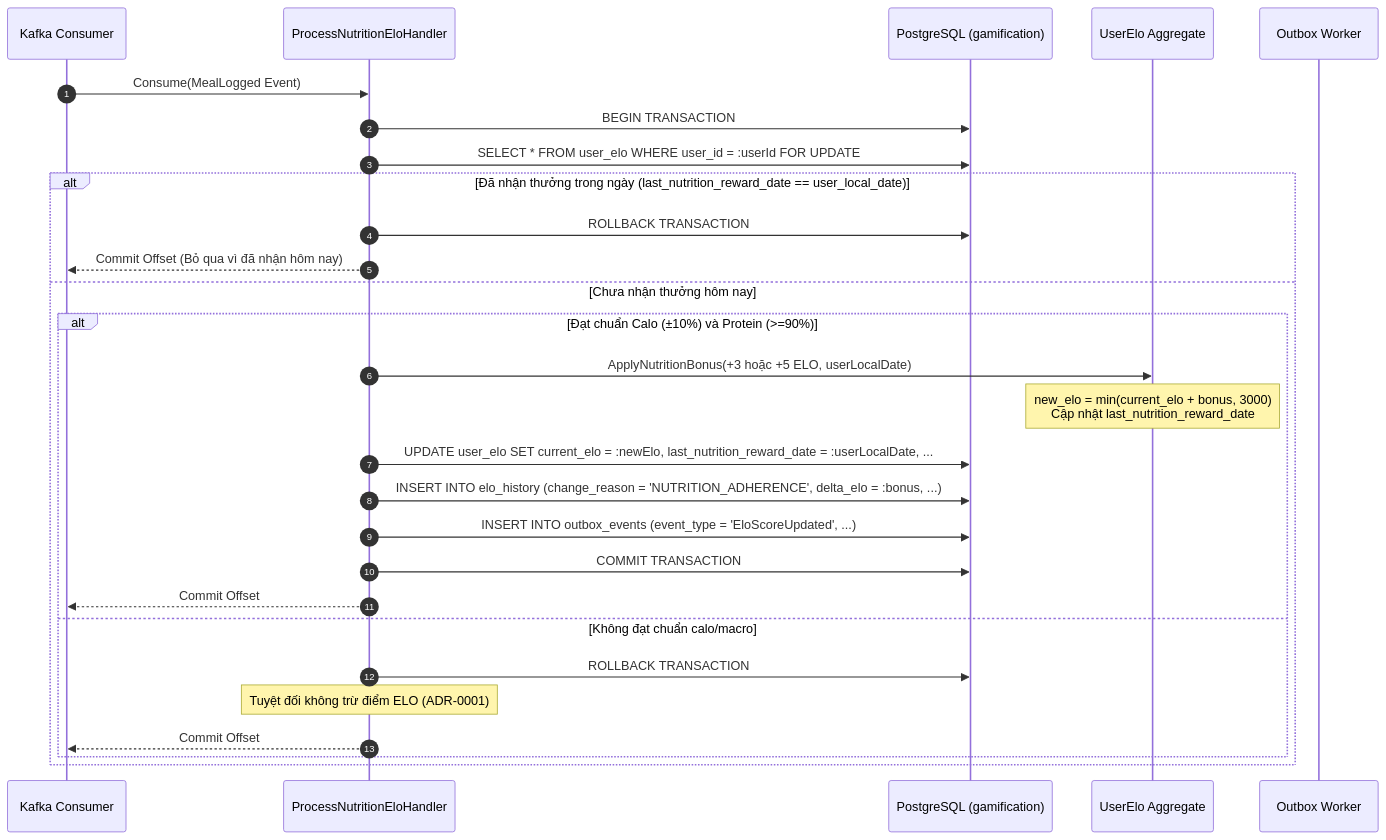
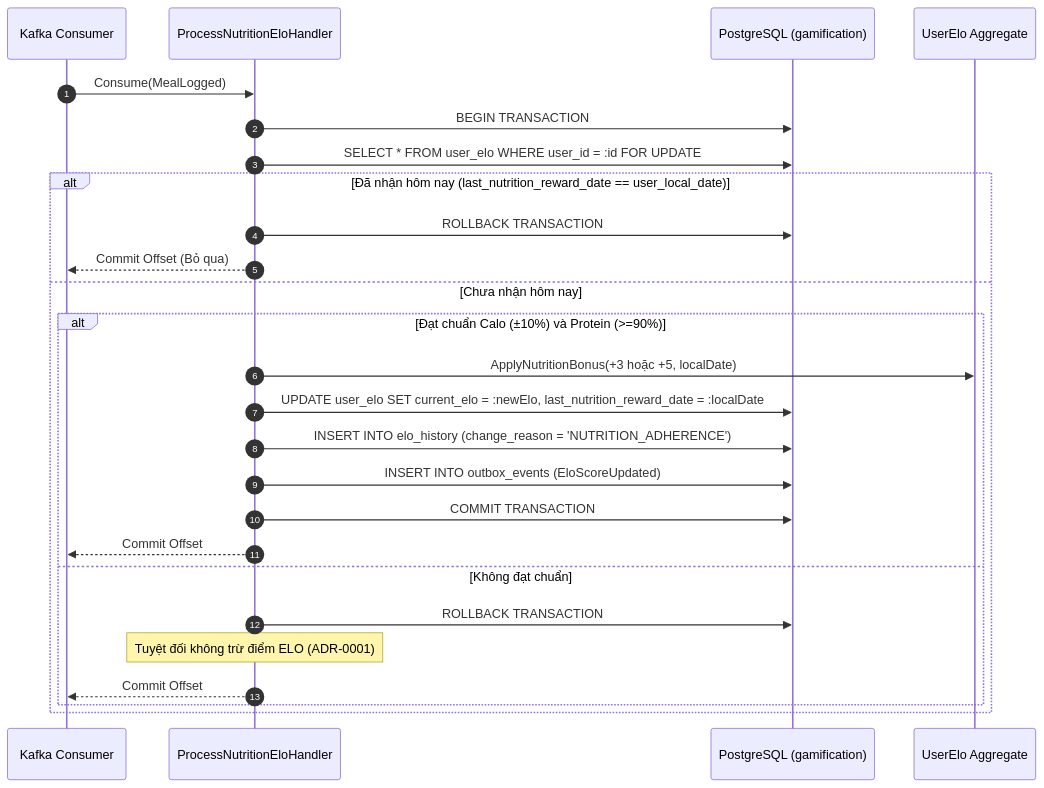
The fifth of 7 diagrams in internal/gamification/docs/features/elo-and-rank-tiers/02-design.md (viethung213/gym-companion), drawn with Mermaid before and after one commit. The commit also changed other lines of this file and 3 other files, not shown here.

````diff
--- a/internal/gamification/docs/features/elo-and-rank-tiers/02-design.md
+++ b/internal/gamification/docs/features/elo-and-rank-tiers/02-design.md
@@ -337,35 +290,29 @@
 ```mermaid
 sequenceDiagram
     autonumber
     participant K as Kafka Consumer
     participant App as ProcessNutritionEloHandler
     participant DB as PostgreSQL (gamification)
     participant Domain as UserElo Aggregate
-    participant OW as Outbox Worker
 
-    K->>App: Consume(MealLogged Event)
+    K->>App: Consume(MealLogged)
     App->>DB: BEGIN TRANSACTION
-
-    App->>DB: SELECT * FROM user_elo WHERE user_id = :userId FOR UPDATE
-    
-    alt Đã nhận thưởng trong ngày (last_nutrition_reward_date == user_local_date)
+    App->>DB: SELECT * FROM user_elo WHERE user_id = :id FOR UPDATE
+    alt Đã nhận hôm nay (last_nutrition_reward_date == user_local_date)
         App->>DB: ROLLBACK TRANSACTION
-        App-->>K: Commit Offset (Bỏ qua vì đã nhận hôm nay)
-    else Chưa nhận thưởng hôm nay
+        App-->>K: Commit Offset (Bỏ qua)
+    else Chưa nhận hôm nay
         alt Đạt chuẩn Calo (±10%) và Protein (>=90%)
-            App->>Domain: ApplyNutritionBonus(+3 hoặc +5 ELO, userLocalDate)
-            Note over Domain: new_elo = min(current_elo + bonus, 3000)<br/>Cập nhật last_nutrition_reward_date
-            
-            App->>DB: UPDATE user_elo SET current_elo = :newElo, last_nutrition_reward_date = :userLocalDate, ...
-            App->>DB: INSERT INTO elo_history (change_reason = 'NUTRITION_ADHERENCE', delta_elo = :bonus, ...)
-            App->>DB: INSERT INTO outbox_events (event_type = 'EloScoreUpdated', ...)
-            
+            App->>Domain: ApplyNutritionBonus(+3 hoặc +5, localDate)
+            App->>DB: UPDATE user_elo SET current_elo = :newElo, last_nutrition_reward_date = :localDate
+            App->>DB: INSERT INTO elo_history (change_reason = 'NUTRITION_ADHERENCE')
+            App->>DB: INSERT INTO outbox_events (EloScoreUpdated)
             App->>DB: COMMIT TRANSACTION
             App-->>K: Commit Offset
-        else Không đạt chuẩn calo/macro
+        else Không đạt chuẩn
             App->>DB: ROLLBACK TRANSACTION
             Note over App: Tuyệt đối không trừ điểm ELO (ADR-0001)
             App-->>K: Commit Offset
         end
     end
 ```
````
